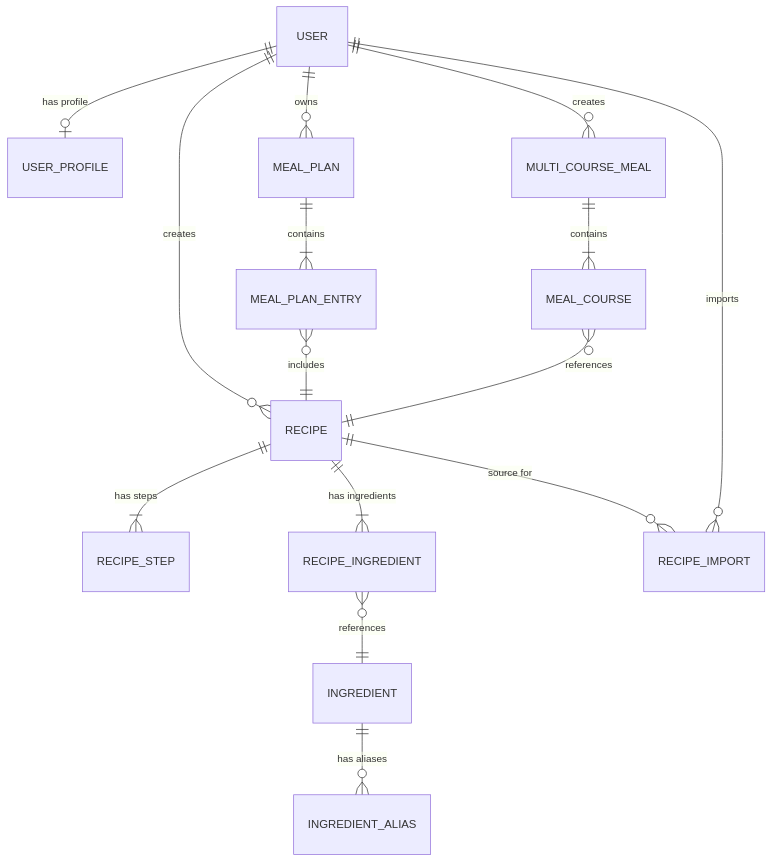
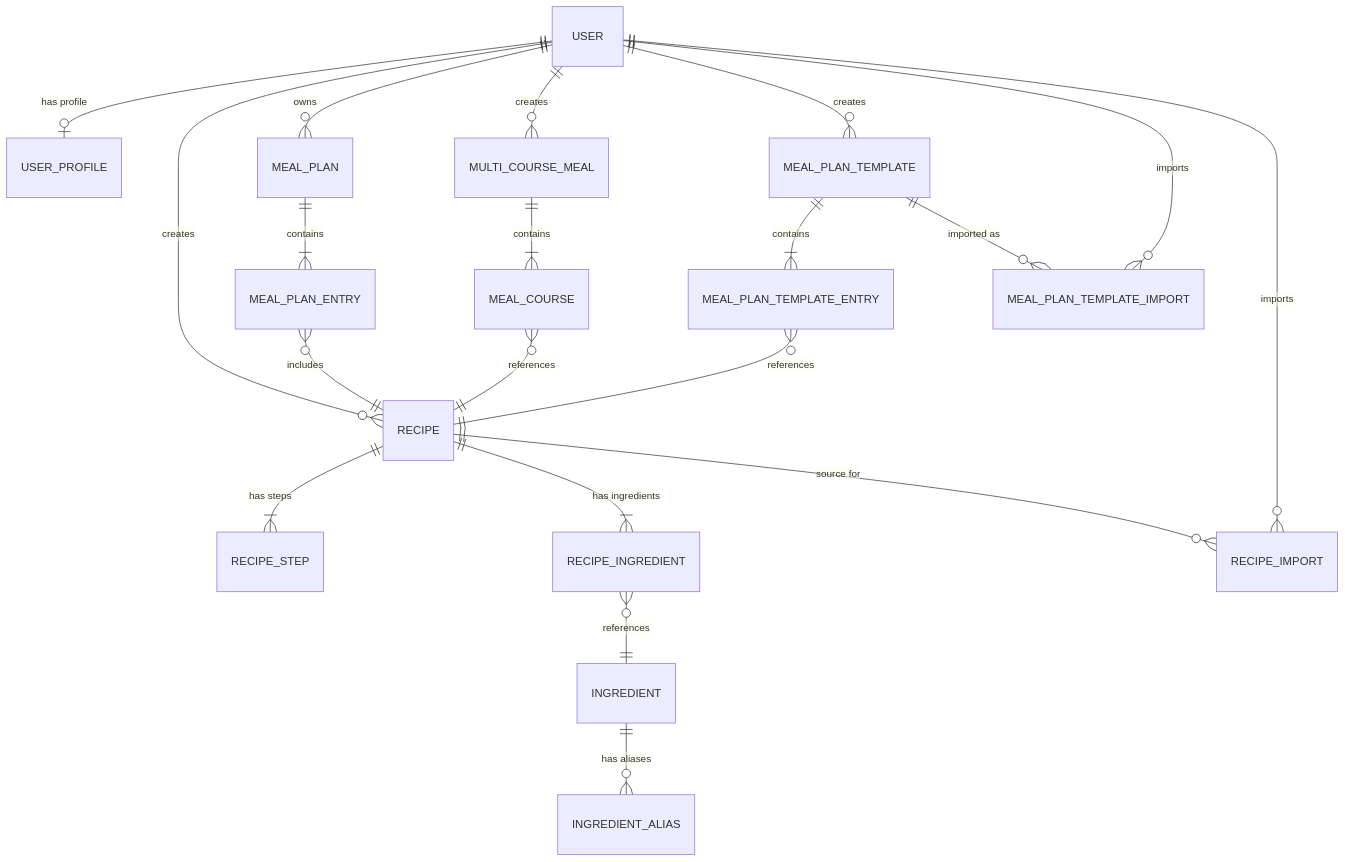
Before and after one commit to SeanningTatum/mise-en-place-2: the ninth of 10 diagrams in .cursor/context/high-level-architecture.md, drawn with Mermaid. The commit also changed other lines of this file and 131 other files, not shown here.

First line of the commit message:
feat: Add public meal plan templates with sharing and import (#7)

````diff
--- a/.cursor/context/high-level-architecture.md
+++ b/.cursor/context/high-level-architecture.md
@@ -244,21 +273,27 @@
 ```mermaid
 erDiagram
     USER ||--o| USER_PROFILE : "has profile"
     USER ||--o{ RECIPE : "creates"
     USER ||--o{ MEAL_PLAN : "owns"
     USER ||--o{ MULTI_COURSE_MEAL : "creates"
+    USER ||--o{ MEAL_PLAN_TEMPLATE : "creates"
+    USER ||--o{ MEAL_PLAN_TEMPLATE_IMPORT : "imports"
     
     RECIPE ||--|{ RECIPE_STEP : "has steps"
     RECIPE ||--|{ RECIPE_INGREDIENT : "has ingredients"
     RECIPE_INGREDIENT }o--|| INGREDIENT : "references"
     INGREDIENT ||--o{ INGREDIENT_ALIAS : "has aliases"
     
     RECIPE ||--o{ RECIPE_IMPORT : "source for"
     USER ||--o{ RECIPE_IMPORT : "imports"
     
     MEAL_PLAN ||--|{ MEAL_PLAN_ENTRY : "contains"
     MEAL_PLAN_ENTRY }o--|| RECIPE : "includes"
     
     MULTI_COURSE_MEAL ||--|{ MEAL_COURSE : "contains"
     MEAL_COURSE }o--|| RECIPE : "references"
+    
+    MEAL_PLAN_TEMPLATE ||--|{ MEAL_PLAN_TEMPLATE_ENTRY : "contains"
+    MEAL_PLAN_TEMPLATE_ENTRY }o--|| RECIPE : "references"
+    MEAL_PLAN_TEMPLATE ||--o{ MEAL_PLAN_TEMPLATE_IMPORT : "imported as"
 ```
````
